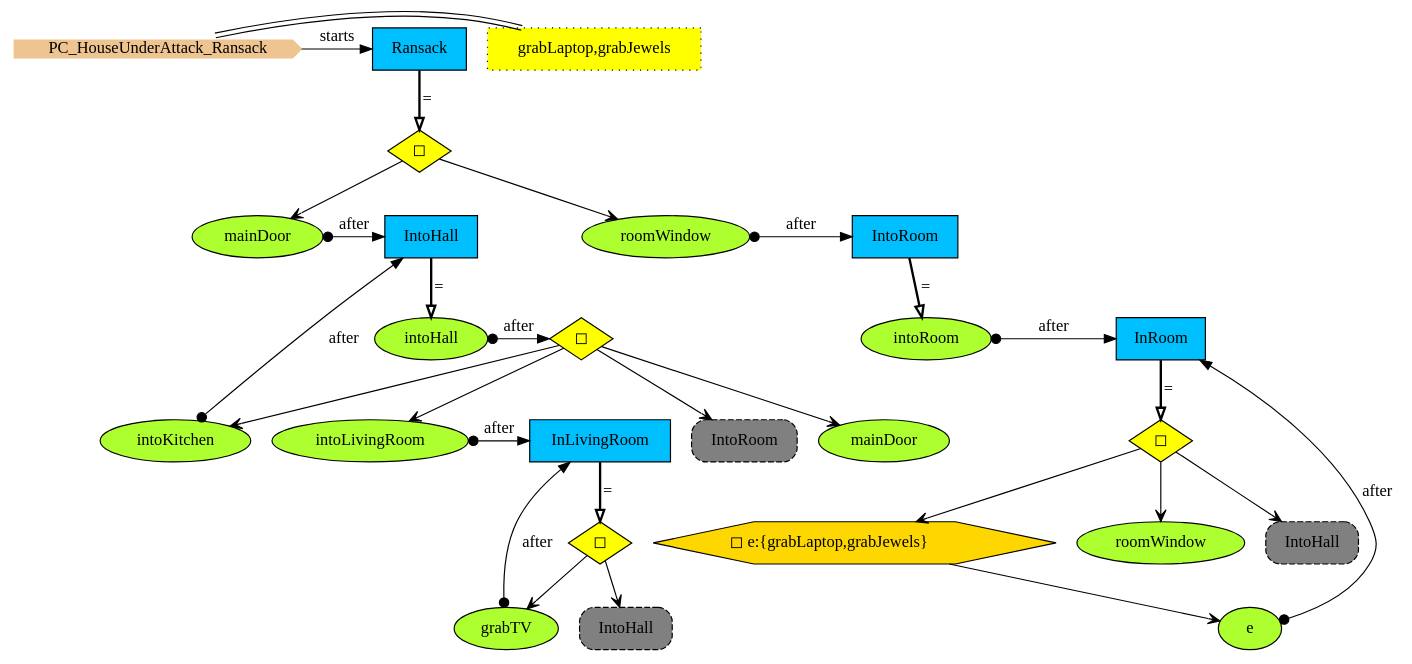
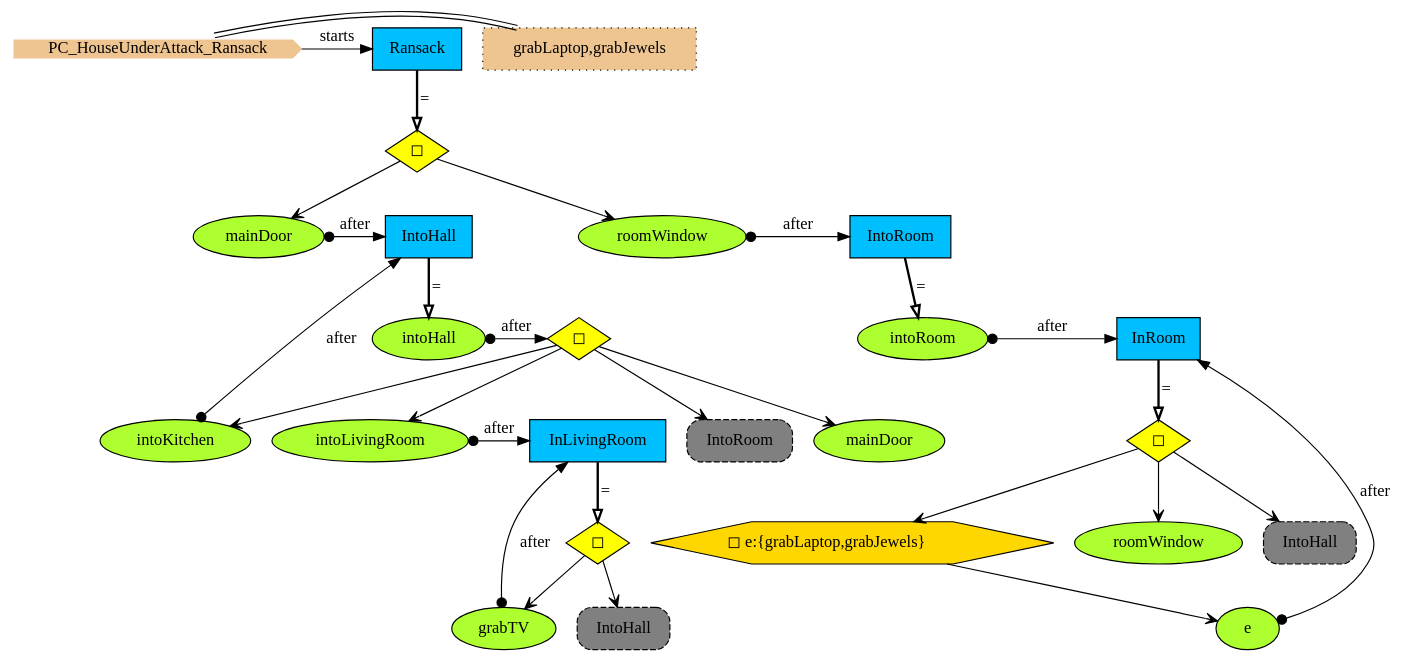
Before and after one commit to namalio/Fragmenta: the diagram in Haskell/PCs/Examples/img/PC_HouseUnderAttack_Ransack.gv, drawn with Graphviz. The commit also changed 100 other files, not shown here.

```diff
--- a/Haskell/PCs/Examples/img/PC_HouseUnderAttack_Ransack.gv
+++ b/Haskell/PCs/Examples/img/PC_HouseUnderAttack_Ransack.gv
@@ -1,68 +1,68 @@
 digraph {
 
 StartN_ [shape = cds,color=burlywood2,style=filled,height=.2,width=.2, label =PC_HouseUnderAttack_Ransack];
 
-StartN__bs[shape=rect,fillcolor=yellow,style="filled,dotted",label="grabLaptop,grabJewels"];
-StartN_->StartN__bs [dir=none,color="black:invis:black"];
-{rank=same;StartN_,StartN__bs}
+StartN__ps[shape=rect,fillcolor=burlywood2,style="filled,dotted",label="grabLaptop,grabJewels"];
+StartN_->StartN__ps [dir=none,color="black:invis:black"];
+{rank=same;StartN_,StartN__ps}
 OpInHouse [shape=diamond,fillcolor=yellow,style=filled,label="◻︎"];
 mainDoor [shape=ellipse,fillcolor=greenyellow,style=filled,label="mainDoor"];
 intoHall [shape=ellipse,fillcolor=greenyellow,style=filled,label="intoHall"];
-IntoRoom [shape=box,fillcolor=deepskyblue,style = filled,label="IntoRoom "];
+IntoRoom [shape=box,fillcolor=deepskyblue,style = filled,label="IntoRoom"];
 intoLivingRoom [shape=ellipse,fillcolor=greenyellow,style=filled,label="intoLivingRoom"];
 RefIntoRoom [shape=rectangle,fillcolor=gray,style="rounded,filled,dashed",label="IntoRoom "];
 OpInLivingRoom [shape=diamond,fillcolor=yellow,style=filled,label="◻︎"];
 RefIntoHall [shape=rectangle,fillcolor=gray,style="rounded,filled,dashed",label="IntoHall "];
 intoRoom [shape=ellipse,fillcolor=greenyellow,style=filled,label="intoRoom"];
-InRoom [shape=box,fillcolor=deepskyblue,style = filled,label="InRoom "];
+InRoom [shape=box,fillcolor=deepskyblue,style = filled,label="InRoom"];
 seizeQ [shape=hexagon,fillcolor=gold1,style=filled,label=<◻︎ e:{grabLaptop,grabJewels}>];
 roomWindow2 [shape=ellipse,fillcolor=greenyellow,style=filled,label="roomWindow"];
 RefIntoHall2 [shape=rectangle,fillcolor=gray,style="rounded,filled,dashed",label="IntoHall "];
 seize [shape=ellipse,fillcolor=greenyellow,style=filled,label="e"];
 OpInRoom [shape=diamond,fillcolor=yellow,style=filled,label="◻︎"];
 grabTV [shape=ellipse,fillcolor=greenyellow,style=filled,label="grabTV"];
-InLivingRoom [shape=box,fillcolor=deepskyblue,style = filled,label="InLivingRoom "];
+InLivingRoom [shape=box,fillcolor=deepskyblue,style = filled,label="InLivingRoom"];
 mainDoor2 [shape=ellipse,fillcolor=greenyellow,style=filled,label="mainDoor"];
 intoKitchen [shape=ellipse,fillcolor=greenyellow,style=filled,label="intoKitchen"];
 OpInHall [shape=diamond,fillcolor=yellow,style=filled,label="◻︎"];
-IntoHall [shape=box,fillcolor=deepskyblue,style = filled,label="IntoHall "];
+IntoHall [shape=box,fillcolor=deepskyblue,style = filled,label="IntoHall"];
 roomWindow [shape=ellipse,fillcolor=greenyellow,style=filled,label="roomWindow"];
-Ransack [shape=box,fillcolor=deepskyblue,style = filled,label="Ransack "];
+Ransack [shape=box,fillcolor=deepskyblue,style = filled,label="Ransack"];
 
 {rank=same;InRoom,intoRoom}
 {rank=same;OpInHall,intoHall}
 {rank=same;IntoHall,mainDoor}
 {rank=same;IntoRoom,roomWindow}
 {rank=same;InLivingRoom,intoLivingRoom}
 {rank=same;Ransack,StartN_}
 
 OpInRoom->RefIntoHall2[arrowhead="open"];
 seize->InRoom[arrowtail=dot,dir=both,label="after"];
 seizeQ->seize[arrowhead="open"];
 intoRoom->InRoom[arrowtail=dot,dir=both,label="after"];
 OpInLivingRoom->grabTV[arrowhead="open"];
 
 intoKitchen->IntoHall[arrowtail=dot,dir=both,label="after"];
 OpInHall->RefIntoRoom[arrowhead="open"];
 OpInHall->intoKitchen[arrowhead="open"];
 intoHall->OpInHall[arrowtail=dot,dir=both,label="after"];
 mainDoor->IntoHall[arrowtail=dot,dir=both,label="after"];
 OpInHouse->mainDoor[arrowhead="open"];
 OpInHouse->roomWindow[arrowhead="open"];
 roomWindow->IntoRoom[arrowtail=dot,dir=both,label="after"];
 OpInHall->intoLivingRoom[arrowhead="open"];
 
 OpInHall->mainDoor2[arrowhead="open"];
 intoLivingRoom->InLivingRoom[arrowtail=dot,dir=both,label="after"];
 OpInLivingRoom->RefIntoHall[arrowhead="open"];
 grabTV->InLivingRoom[arrowtail=dot,dir=both,label="after"];
 OpInRoom->seizeQ[arrowhead="open"];
 OpInRoom->roomWindow2[arrowhead="open"];
 
 IntoRoom->intoRoom[arrowhead="onormal",penwidth=2,label="="];
 InRoom->OpInRoom[arrowhead="onormal",penwidth=2,label="="];
 InLivingRoom->OpInLivingRoom[arrowhead="onormal",penwidth=2,label="="];
 IntoHall->intoHall[arrowhead="onormal",penwidth=2,label="="];
 Ransack->OpInHouse[arrowhead="onormal",penwidth=2,label="="];
 StartN_->Ransack[label="starts"];
 }
```
